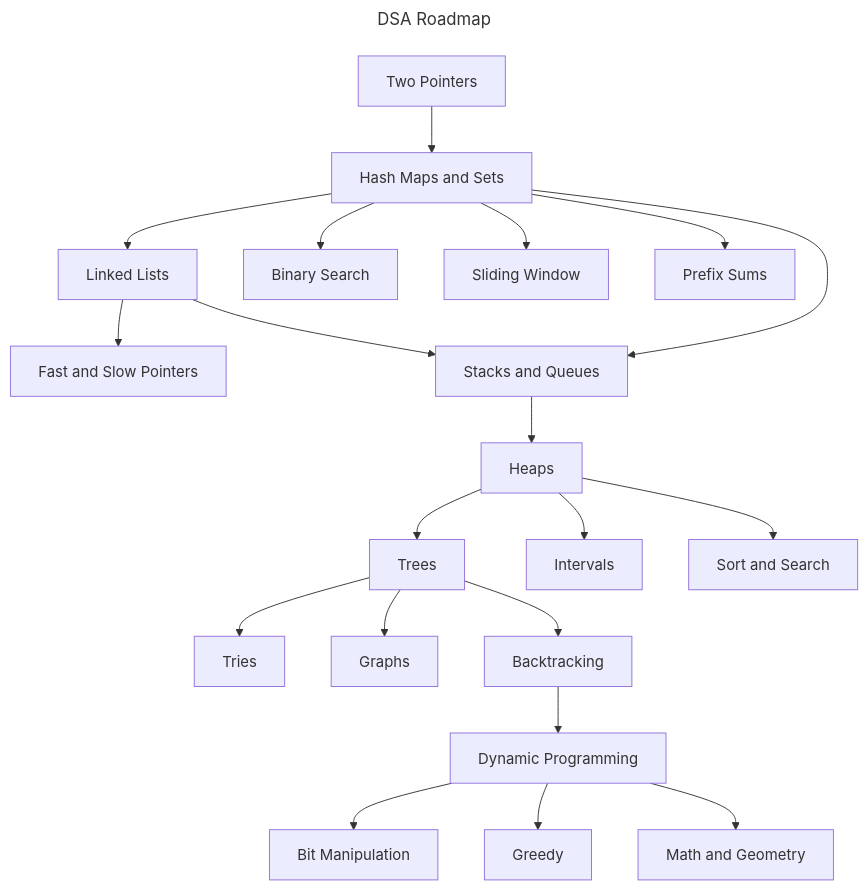
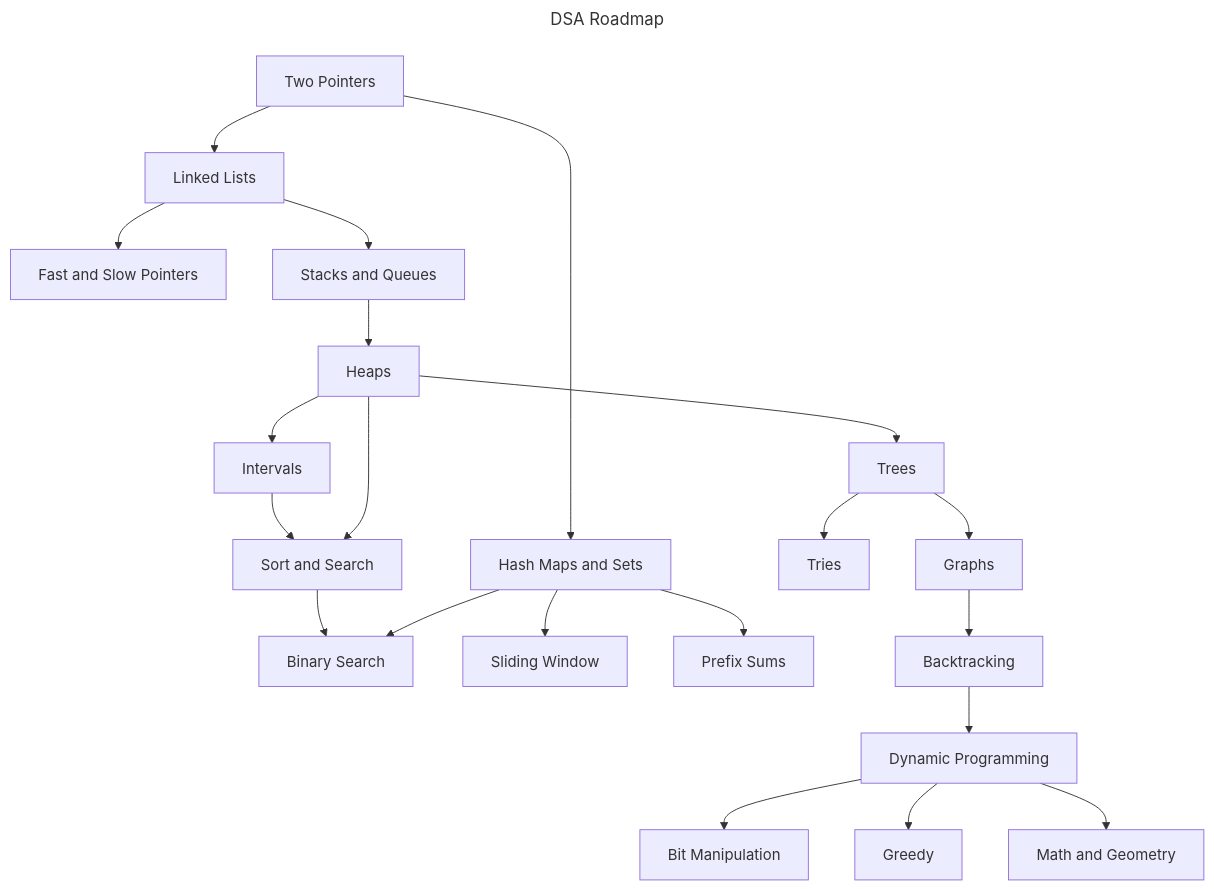
Before and after one commit to 2giosangmitom/dsa-roadmap: the diagram in README.md, drawn with Mermaid. The commit also changed other lines of this file, not shown here.

````diff
--- a/README.md
+++ b/README.md
@@ -26,33 +26,35 @@
 ```mermaid
 ---
 title: DSA Roadmap
 ---
 flowchart TD
-    A[Two Pointers]
-    B[Hash Maps and Sets]
-    C[Linked Lists]
-    D[Fast and Slow Pointers]
-    E[Binary Search]
-    F[Sliding Window]
-    G[Prefix Sums]
-    J[Stacks and Queues]
-    R[Heaps]
-    T[Trees]
-    W[Intervals]
-    Q[Sort and Search]
-    U[Tries]
-    X[Graphs]
-    Y[Backtracking]
-    K[Dynamic Programming]
-    O[Bit Manipulation]
-    V[Greedy]
-    M[Math and Geometry]
-    A --> B
-    B --> C & E & F & G & J
-    C --> D & J
-    J --> R
-    R --> T & W & Q
-    T --> U & X & Y
-    Y --> K
-    K --> O & V & M
+    %% Basic Foundations
+    A[Two Pointers] --> B[Hash Maps and Sets]
+    A --> C[Linked Lists]
+    B --> E[Binary Search]
+    B --> F[Sliding Window]
+    B --> G[Prefix Sums]
+    
+    %% Intermediate Concepts
+    C --> D[Fast and Slow Pointers]
+    C --> J[Stacks and Queues]
+    J --> R[Heaps]
+    
+    %% Advanced Data Structures
+    R --> T[Trees]
+    R --> W[Intervals]
+    R --> Q[Sort and Search]
+    T --> U[Tries]
+    T --> X[Graphs]
+    X --> Y[Backtracking]
+    
+    %% Problem-Solving Techniques
+    Y --> K[Dynamic Programming]
+    K --> O[Bit Manipulation]
+    K --> V[Greedy]
+    K --> M[Math and Geometry]
+    
+    %% Additional Paths
+    W --> Q
+    Q --> E
 ```
````
